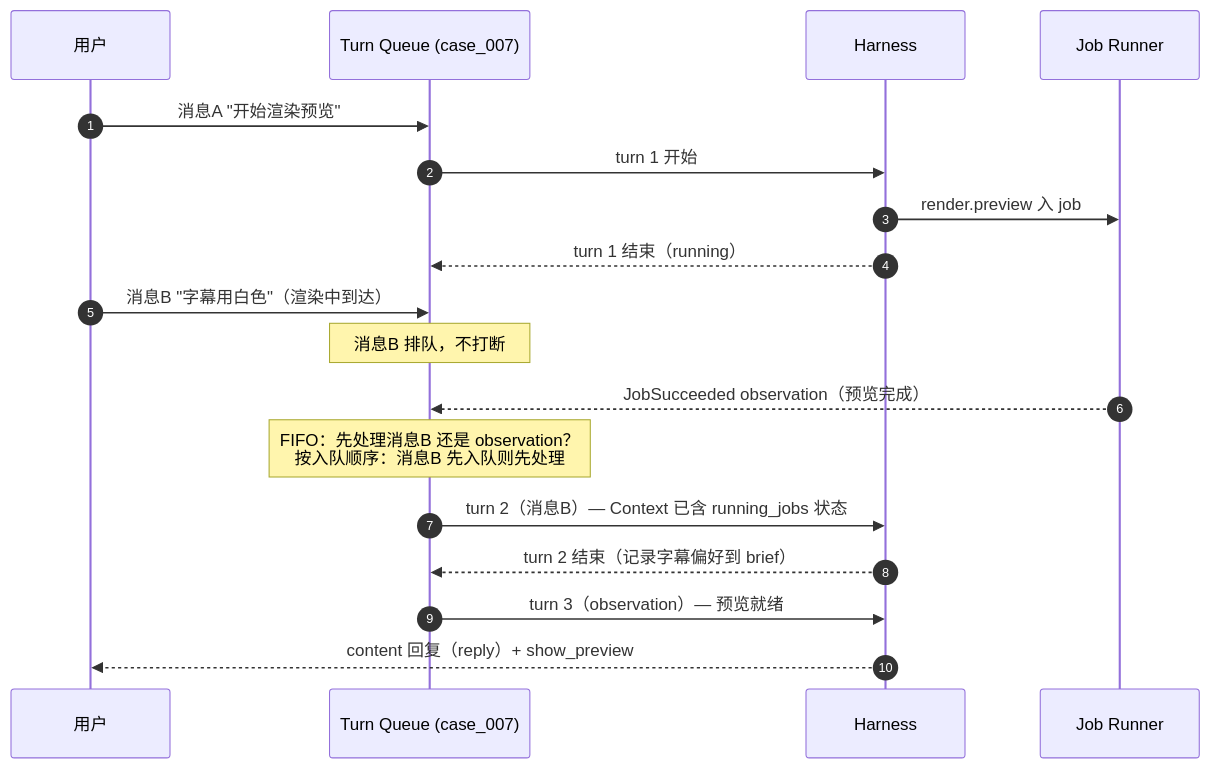
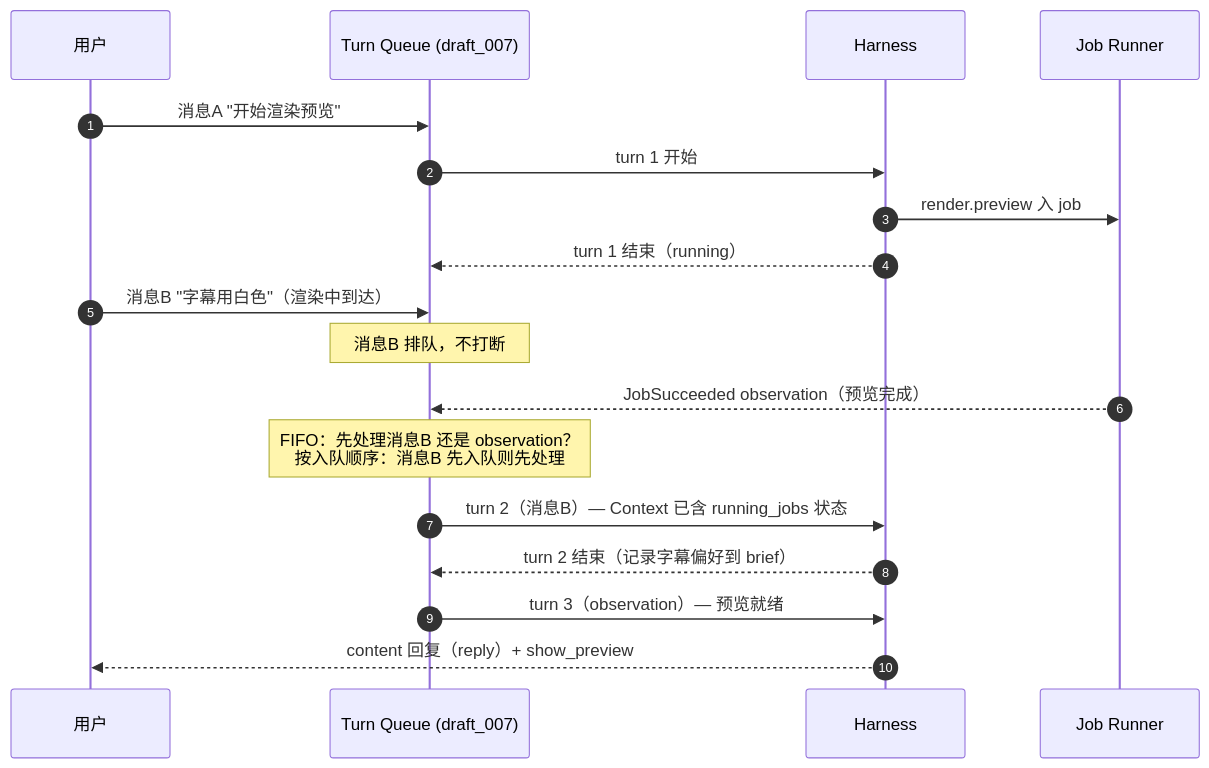
Before and after one commit to nanzhi84/Rushes: the ninth of 23 diagrams in PRD.md, drawn with Mermaid. The commit also changed other lines of this file and 185 other files, not shown here.

First line of the commit message:
单级草稿模型：Project/Case 合并为 Draft + API 扁平化 + 素材全局去重 (#45)

````diff
--- a/PRD.md
+++ b/PRD.md
@@ -777,21 +756,21 @@
 ```mermaid
 sequenceDiagram
   autonumber
   participant U as 用户
-  participant Q as Turn Queue (case_007)
+  participant Q as Turn Queue (draft_007)
   participant H as Harness
   participant J as Job Runner
 
   U->>Q: 消息A "开始渲染预览"
   Q->>H: turn 1 开始
   H->>J: render.preview 入 job
   H-->>Q: turn 1 结束（running）
   U->>Q: 消息B "字幕用白色"（渲染中到达）
   Note over Q: 消息B 排队，不打断
   J-->>Q: JobSucceeded observation（预览完成）
   Note over Q: FIFO：先处理消息B 还是 observation？<br/>按入队顺序：消息B 先入队则先处理
   Q->>H: turn 2（消息B）— Context 已含 running_jobs 状态
   H-->>Q: turn 2 结束（记录字幕偏好到 brief）
   Q->>H: turn 3（observation）— 预览就绪
   H-->>U: content 回复（reply）+ show_preview
 ```
````
